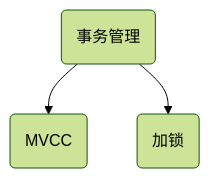
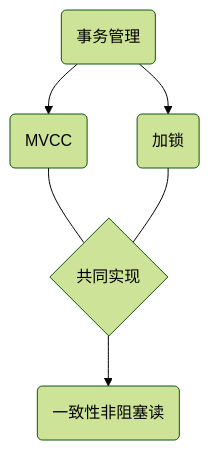
Before and after one commit to pishizuiqiang/Markdown: the diagram in 数据库.md, drawn with Mermaid (forest theme). The commit also changed other lines of this file, not shown here.

Commit message:
数据库.md updated from https://stackedit.io/

````diff
--- a/数据库.md
+++ b/数据库.md
@@ -2,5 +4,12 @@
 ```mermaid
-graph TD
+graph TB
 shiwu(事务管理)-->mvcc(MVCC)
 shiwu-->suo(加锁)
+mvcc---gong{共同实现}
+suo---gong
+gong-->result(一致性非阻塞读)
+
+
+
+
 ```
````
